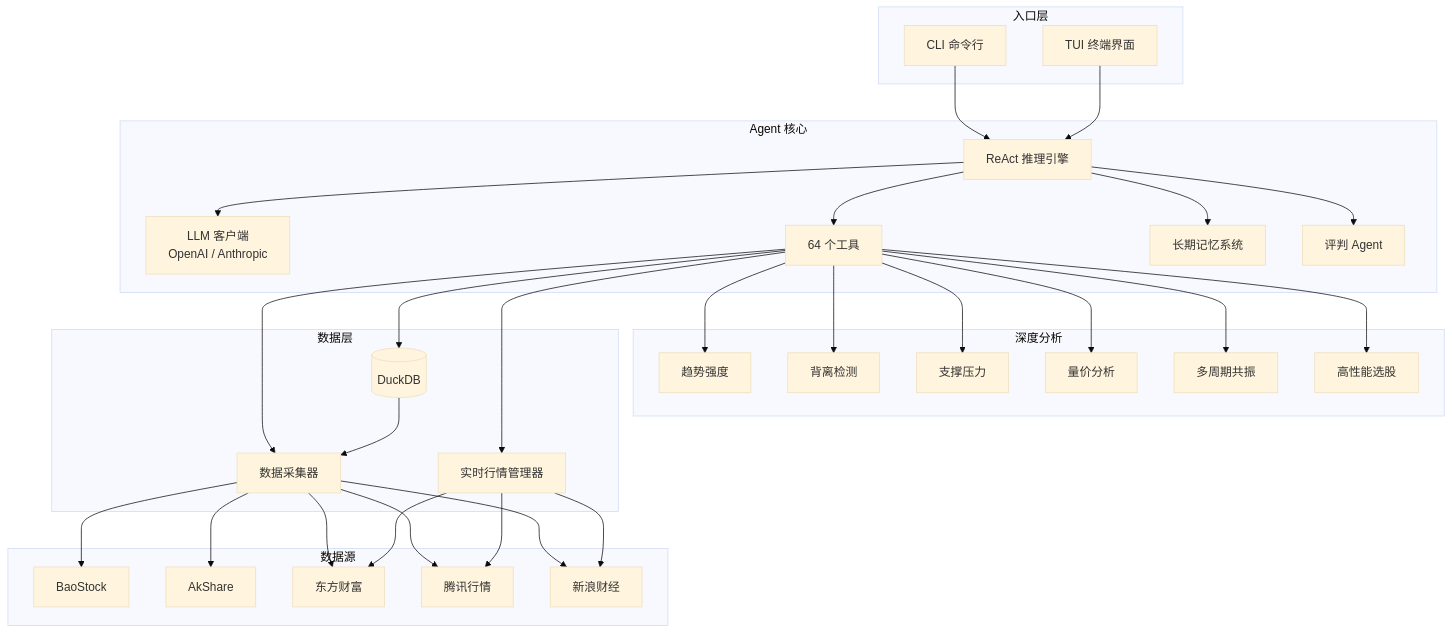
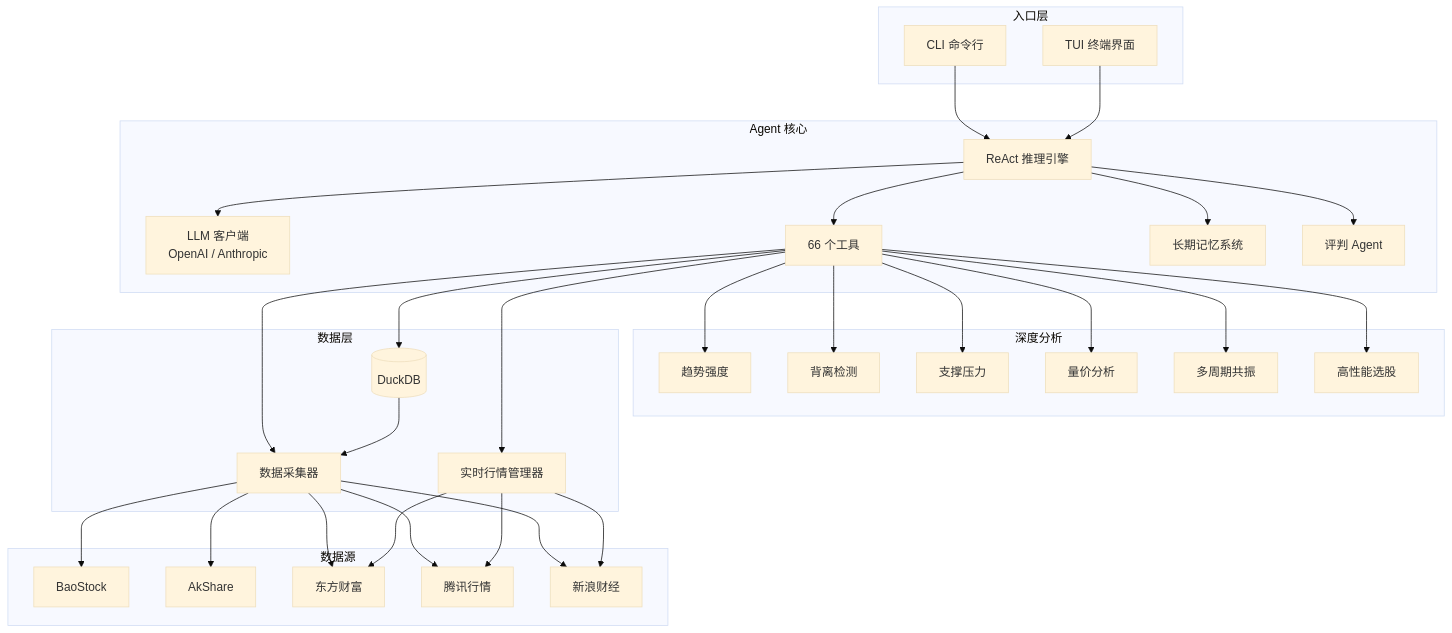
One commit to wwyharry/DeepPulse changed the diagram in README.md. Above: the diagram before and after it, drawn with Mermaid (base theme). The commit also changed other lines of this file and 8 other files, not shown here.

````diff
--- a/README.md
+++ b/README.md
@@ -36,50 +35,50 @@
 ```mermaid
 graph TB
     subgraph 入口层
         CLI[CLI 命令行]
         TUI[TUI 终端界面]
     end
 
     subgraph Agent 核心
         REACT[ReAct 推理引擎]
         CLIENT[LLM 客户端<br/>OpenAI / Anthropic]
-        TOOLS[64 个工具]
+        TOOLS[66 个工具]
         MEMORY[长期记忆系统]
         JUDGE[评判 Agent]
     end
 
     subgraph 深度分析
         TREND[趋势强度]
         DIV[背离检测]
         SR[支撑压力]
         VP[量价分析]
         CONF[多周期共振]
         SCREEN[高性能选股]
     end
 
     subgraph 数据层
         DB[(DuckDB)]
         COLLECT[数据采集器]
         REALTIME[实时行情管理器]
     end
 
     subgraph 数据源
         BS[BaoStock]
         AK[AkShare]
         EM[东方财富]
         TX[腾讯行情]
         SINA[新浪财经]
     end
 
     CLI --> REACT
     TUI --> REACT
     REACT --> CLIENT
     REACT --> TOOLS
     REACT --> MEMORY
     REACT --> JUDGE
     TOOLS --> TREND & DIV & SR & VP & CONF & SCREEN
     TOOLS --> DB & REALTIME & COLLECT
     COLLECT --> BS & AK & EM & TX & SINA
     REALTIME --> SINA & TX & EM
     DB --> COLLECT
 ```
````
